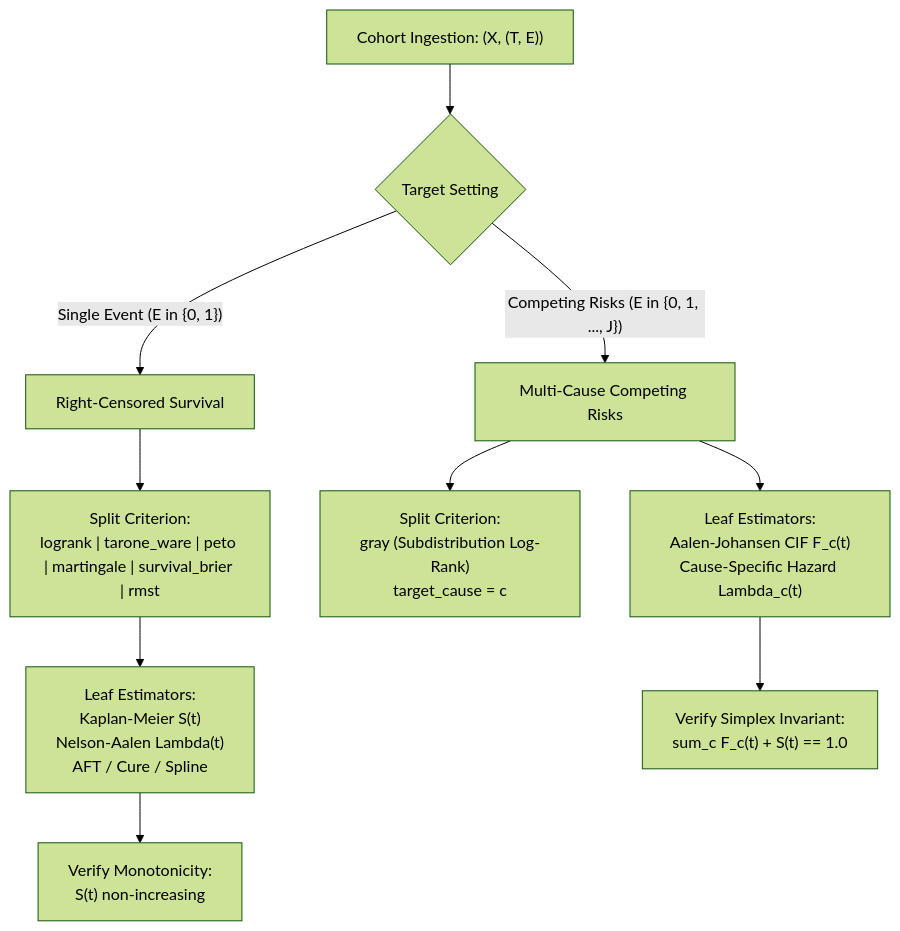
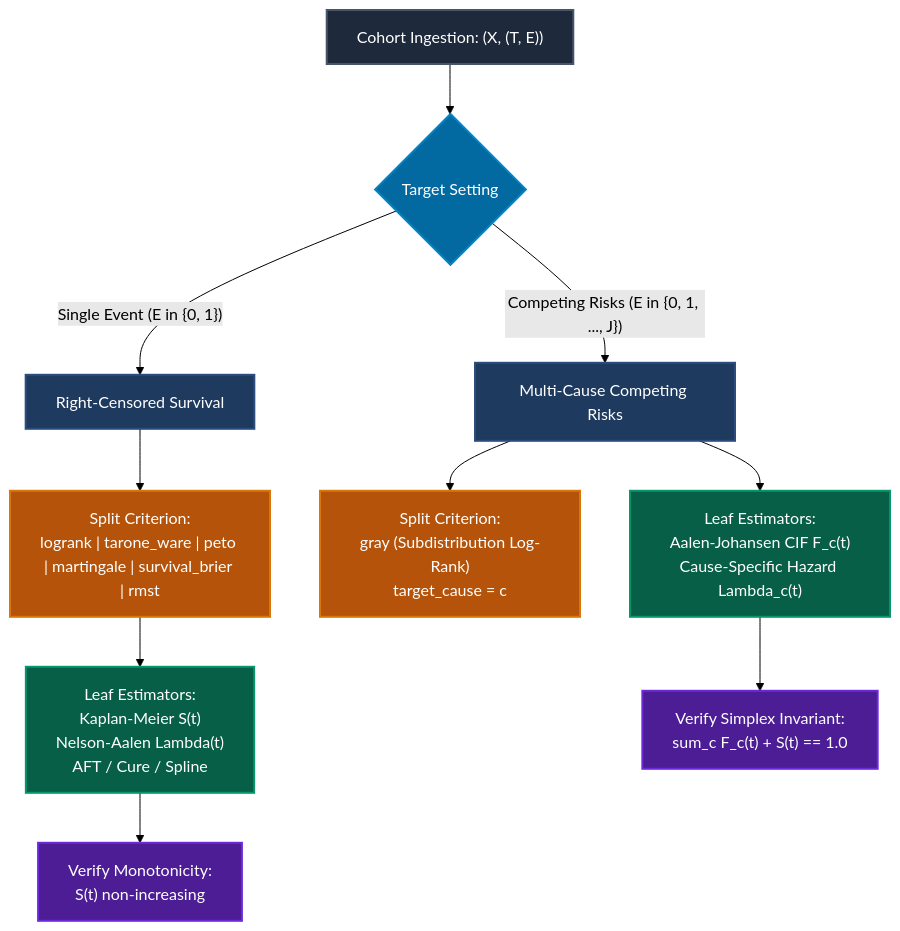
The diagram in docs/examples/survival-trees.md (jkapila/mltreelib), drawn with Mermaid (forest theme) before and after one commit. The commit also changed other lines of this file and 18 other files, not shown here.

Commit message:
docs: add native ModelTree graph, 5-leaf survival profiles, and color palette across all Mermaid diagrams

````diff
--- a/docs/examples/survival-trees.md
+++ b/docs/examples/survival-trees.md
@@ -20,15 +20,29 @@
 ```mermaid
 flowchart TD
     Data["Cohort Ingestion: (X, (T, E))"] --> TargetType{"Target Setting"}
     
     TargetType -- "Single Event (E in {0, 1})" --> SingleEvent["Right-Censored Survival"]
     SingleEvent --> SplitCrit1["Split Criterion:\nlogrank | tarone_ware | peto | martingale | survival_brier | rmst"]
     SplitCrit1 --> LeafEst1["Leaf Estimators:\nKaplan-Meier S(t)\nNelson-Aalen Lambda(t)\nAFT / Cure / Spline"]
     
     TargetType -- "Competing Risks (E in {0, 1, ..., J})" --> CompRisks["Multi-Cause Competing Risks"]
     CompRisks --> SplitCrit2["Split Criterion:\ngray (Subdistribution Log-Rank)\ntarget_cause = c"]
     CompRisks --> LeafEst2["Leaf Estimators:\nAalen-Johansen CIF F_c(t)\nCause-Specific Hazard Lambda_c(t)"]
     
     LeafEst1 --> SimplexCheck["Verify Monotonicity:\nS(t) non-increasing"]
     LeafEst2 --> SimplexCheck2["Verify Simplex Invariant:\nsum_c F_c(t) + S(t) == 1.0"]
+
+    classDef dataBox fill:#1e293b,stroke:#475569,stroke-width:2px,color:#ffffff;
+    classDef targetBox fill:#0369a1,stroke:#0284c7,stroke-width:2px,color:#ffffff;
+    classDef pathBox fill:#1e3a5f,stroke:#2b4c7e,stroke-width:2px,color:#ffffff;
+    classDef splitBox fill:#b45309,stroke:#d97706,stroke-width:2px,color:#ffffff;
+    classDef leafBox fill:#065f46,stroke:#059669,stroke-width:2px,color:#ffffff;
+    classDef checkBox fill:#4c1d95,stroke:#6d28d9,stroke-width:2px,color:#ffffff;
+
+    class Data dataBox;
+    class TargetType targetBox;
+    class SingleEvent,CompRisks pathBox;
+    class SplitCrit1,SplitCrit2 splitBox;
+    class LeafEst1,LeafEst2 leafBox;
+    class SimplexCheck,SimplexCheck2 checkBox;
 ```
````
